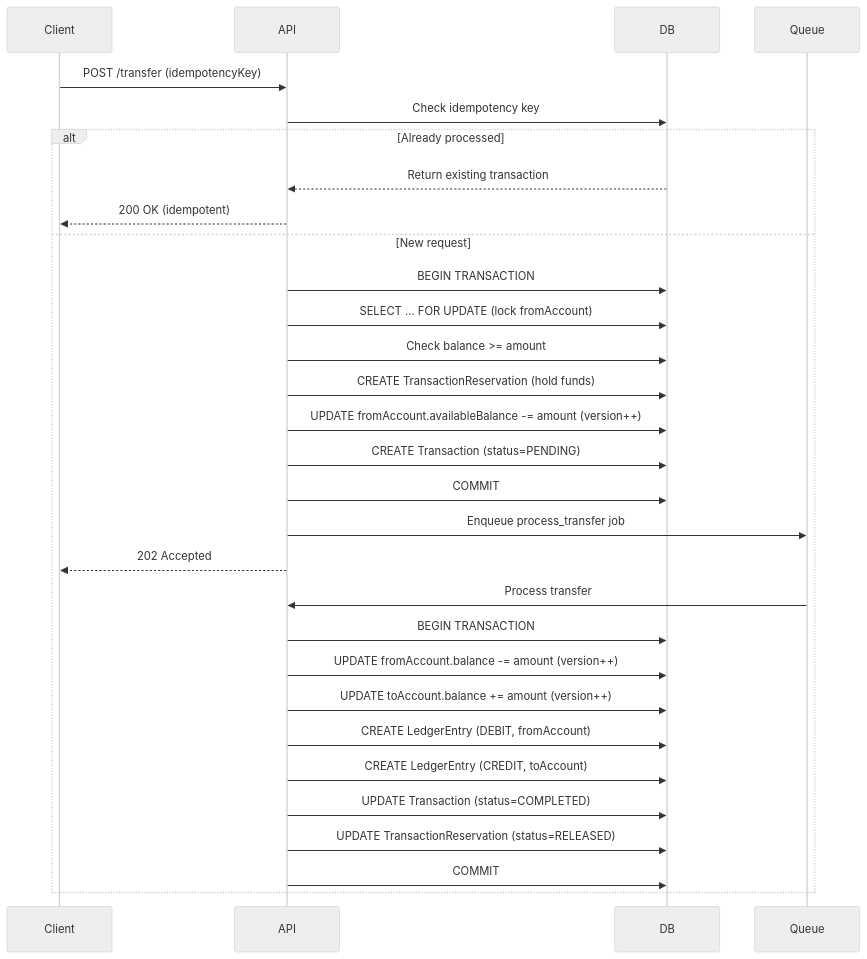
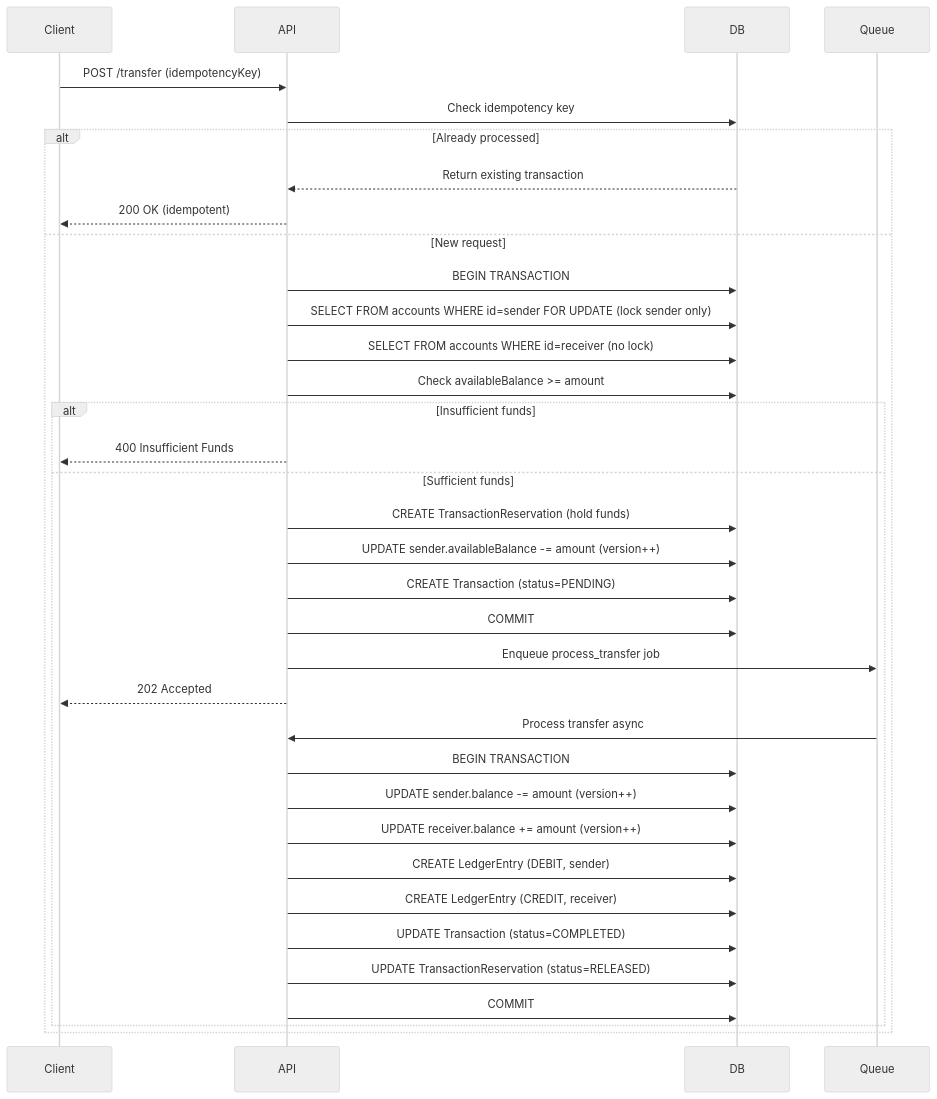
One commit to nguyenminhtiend/fintech_preparation changed the first of 3 diagrams in docs/RECOMMENDED-MODULES.md. Above: the diagram before and after it, drawn with Mermaid (neutral theme). The commit also changed 28 other files, not shown here.

Commit message:
feat: Implement a new transaction module with transfer functionality and ledger management, including new database schemas and migrations.

````diff
--- a/docs/RECOMMENDED-MODULES.md
+++ b/docs/RECOMMENDED-MODULES.md
@@ -71,34 +71,39 @@
 ```mermaid
 sequenceDiagram
     participant Client
     participant API
     participant DB
     participant Queue
 
     Client->>API: POST /transfer (idempotencyKey)
     API->>DB: Check idempotency key
     alt Already processed
         DB-->>API: Return existing transaction
         API-->>Client: 200 OK (idempotent)
     else New request
         API->>DB: BEGIN TRANSACTION
-        API->>DB: SELECT ... FOR UPDATE (lock fromAccount)
-        API->>DB: Check balance >= amount
-        API->>DB: CREATE TransactionReservation (hold funds)
-        API->>DB: UPDATE fromAccount.availableBalance -= amount (version++)
-        API->>DB: CREATE Transaction (status=PENDING)
-        API->>DB: COMMIT
-        API->>Queue: Enqueue process_transfer job
-        API-->>Client: 202 Accepted
+        API->>DB: SELECT FROM accounts WHERE id=sender FOR UPDATE (lock sender only)
+        API->>DB: SELECT FROM accounts WHERE id=receiver (no lock)
+        API->>DB: Check availableBalance >= amount
+        alt Insufficient funds
+            API-->>Client: 400 Insufficient Funds
+        else Sufficient funds
+            API->>DB: CREATE TransactionReservation (hold funds)
+            API->>DB: UPDATE sender.availableBalance -= amount (version++)
+            API->>DB: CREATE Transaction (status=PENDING)
+            API->>DB: COMMIT
+            API->>Queue: Enqueue process_transfer job
+            API-->>Client: 202 Accepted
 
-        Queue->>API: Process transfer
-        API->>DB: BEGIN TRANSACTION
-        API->>DB: UPDATE fromAccount.balance -= amount (version++)
-        API->>DB: UPDATE toAccount.balance += amount (version++)
-        API->>DB: CREATE LedgerEntry (DEBIT, fromAccount)
-        API->>DB: CREATE LedgerEntry (CREDIT, toAccount)
-        API->>DB: UPDATE Transaction (status=COMPLETED)
-        API->>DB: UPDATE TransactionReservation (status=RELEASED)
-        API->>DB: COMMIT
+            Queue->>API: Process transfer async
+            API->>DB: BEGIN TRANSACTION
+            API->>DB: UPDATE sender.balance -= amount (version++)
+            API->>DB: UPDATE receiver.balance += amount (version++)
+            API->>DB: CREATE LedgerEntry (DEBIT, sender)
+            API->>DB: CREATE LedgerEntry (CREDIT, receiver)
+            API->>DB: UPDATE Transaction (status=COMPLETED)
+            API->>DB: UPDATE TransactionReservation (status=RELEASED)
+            API->>DB: COMMIT
+        end
     end
 ```
````
